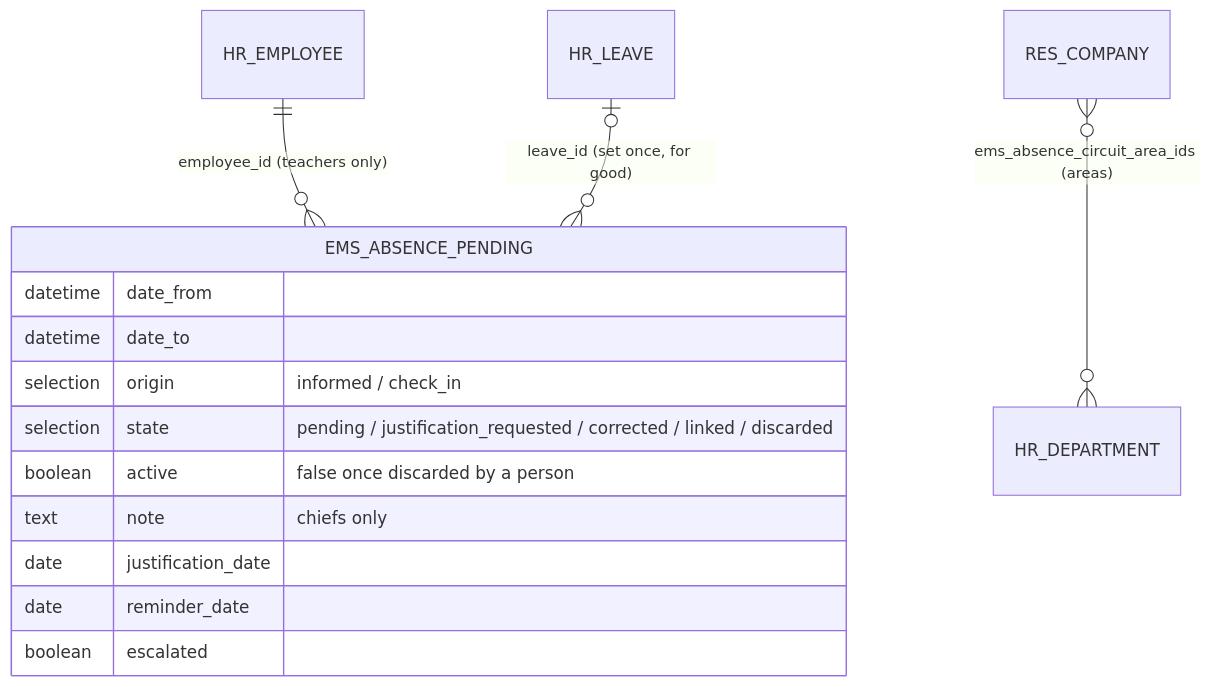
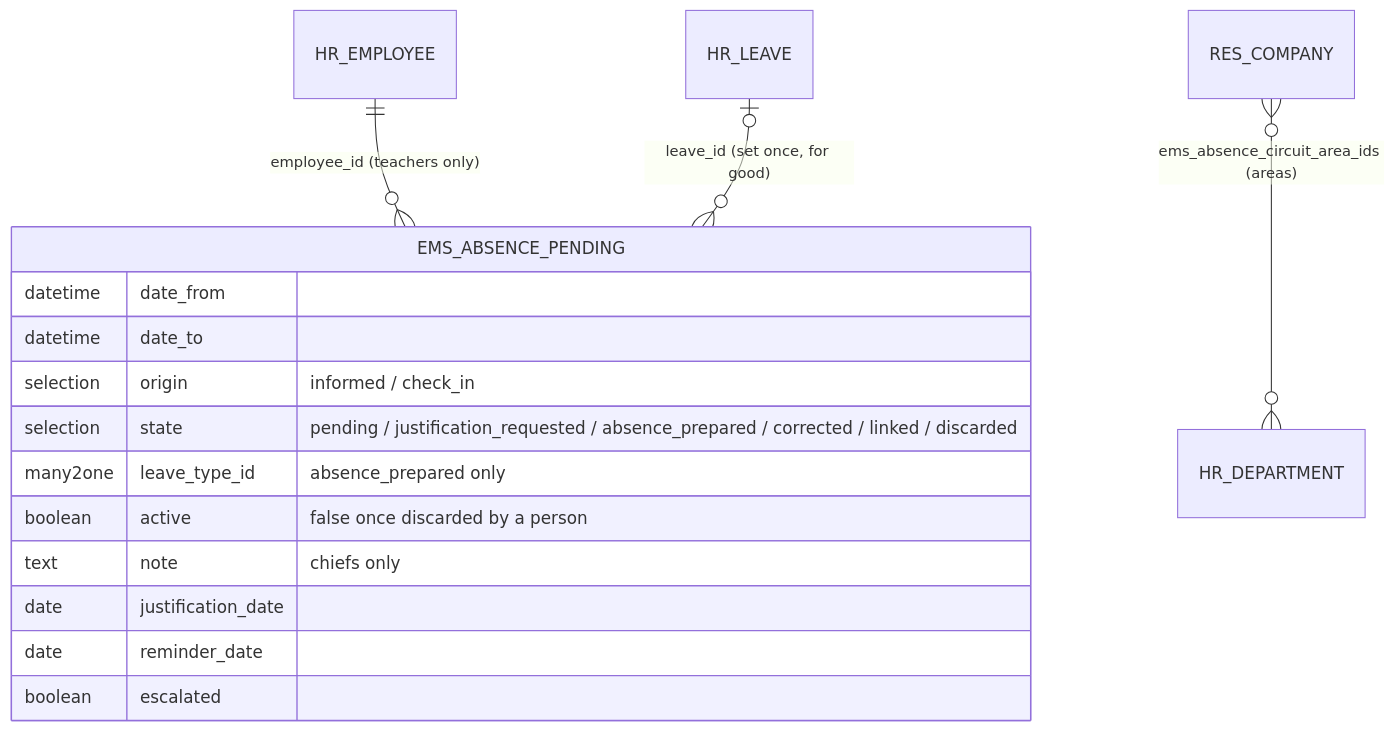
Before and after one commit to ElPuig/EMS: the fifth of 10 diagrams in docs/en/developers/employees/absence.md, drawn with Mermaid. The commit also changed other lines of this file and 16 other files, not shown here.

````diff
--- a/docs/en/developers/employees/absence.md
+++ b/docs/en/developers/employees/absence.md
@@ -700,17 +702,18 @@
 ```mermaid
 erDiagram
     HR_EMPLOYEE ||--o{ EMS_ABSENCE_PENDING : "employee_id (teachers only)"
     HR_LEAVE |o--o{ EMS_ABSENCE_PENDING : "leave_id (set once, for good)"
     RES_COMPANY }o--o{ HR_DEPARTMENT : "ems_absence_circuit_area_ids (areas)"
     EMS_ABSENCE_PENDING {
         datetime date_from
         datetime date_to
         selection origin "informed / check_in"
-        selection state "pending / justification_requested / corrected / linked / discarded"
+        selection state "pending / justification_requested / absence_prepared / corrected / linked / discarded"
+        many2one leave_type_id "absence_prepared only"
         boolean active "false once discarded by a person"
         text note "chiefs only"
         date justification_date
         date reminder_date
         boolean escalated
     }
 ```
````
